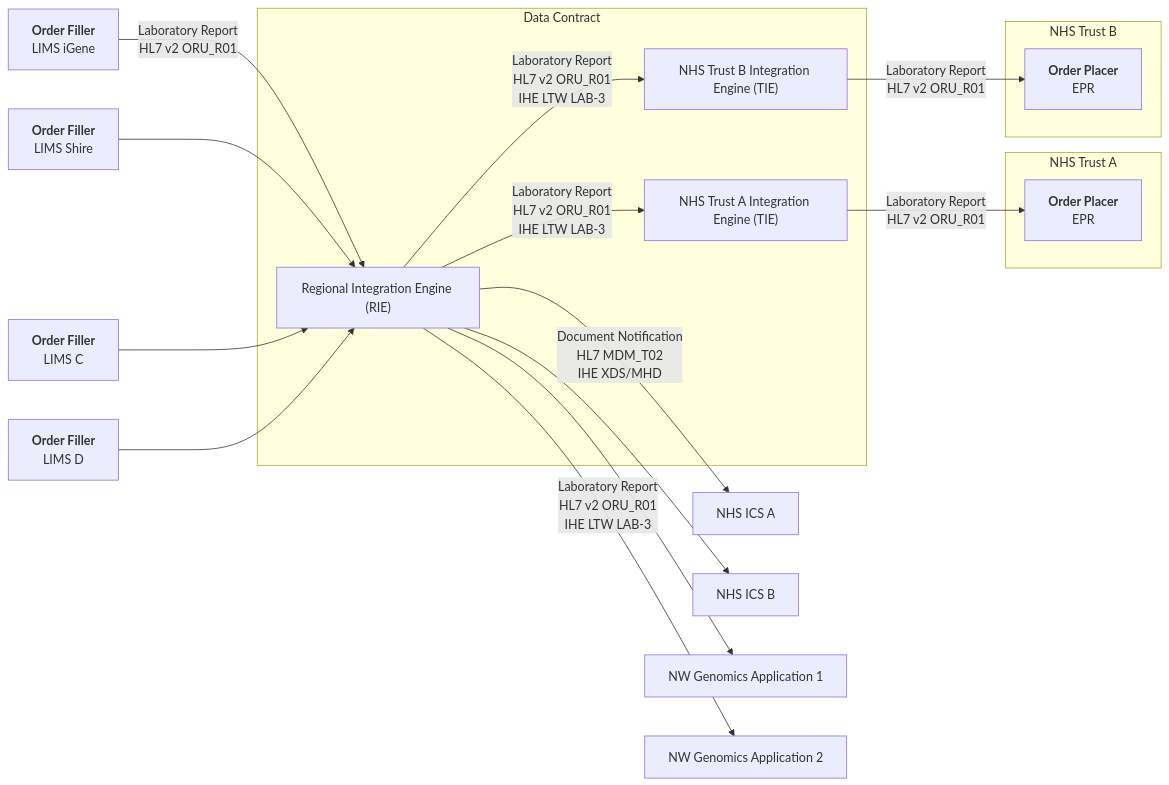
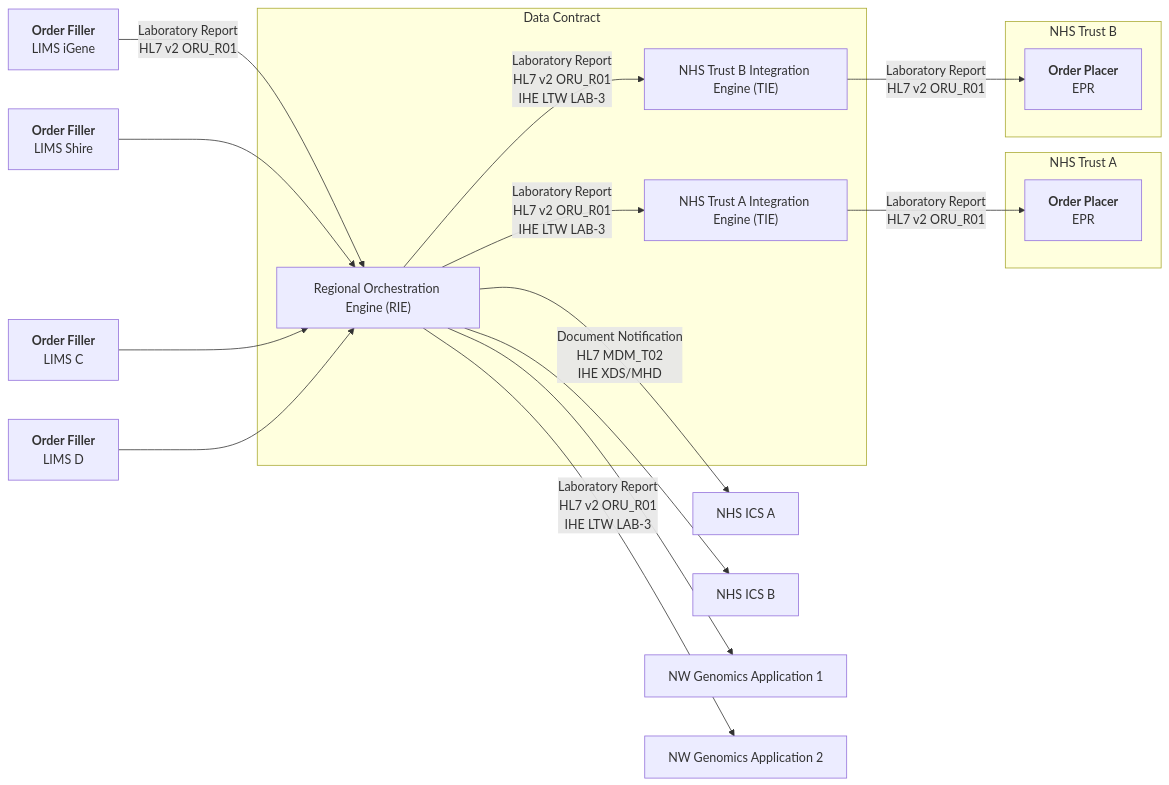
The seventh of 11 diagrams in input/pagecontent/design.md (uk-gov-mirror/nw-gmsa.nw-gmsa.github.com), drawn with Mermaid before and after one commit. The commit also changed other lines of this file and 55 other files, not shown here.

````diff
--- a/input/pagecontent/design.md
+++ b/input/pagecontent/design.md
@@ -127,39 +140,39 @@
 ```mermaid
 graph LR
     subgraph NHSTrustA[NHS Trust A]
         NHSA[<b>Order Placer</b><br/>EPR]
     end    
 
     subgraph NHSTrustB[NHS Trust B]
         NHSB[<b>Order Placer</b><br/>EPR] 
     end
 
     subgraph DataContracts[Data Contract]
-        RIE["Regional Integration Engine (RIE)"]
+        RIE["Regional Orchestration Engine (RIE)"]
         TIEA["NHS Trust A Integration Engine (TIE)"]
         TIEB["NHS Trust B Integration Engine (TIE)"]
   
     end 
     ICSA[NHS ICS A]
     ICSB[NHS ICS B]
     APPA[NW Genomics Application 1]
     APPB[NW Genomics Application 2]
 
     LIMSA[<b>Order Filler</b><br>LIMS iGene]
     LIMSB[<b>Order Filler</b><br>LIMS Shire]
     LIMSC[<b>Order Filler</b><br>LIMS C]
     LIMSD[<b>Order Filler</b><br>LIMS D]
    
     LIMSA --> |Laboratory Report<br/>HL7 v2 ORU_R01| RIE
     LIMSB --> RIE
     LIMSC --> RIE
     LIMSD --> RIE
-    RIE["Regional Integration Engine (RIE)"] --> |Laboratory Report<br/>HL7 v2 ORU_R01<br/>IHE LTW LAB-3| TIEA
+    RIE["Regional Orchestration Engine (RIE)"] --> |Laboratory Report<br/>HL7 v2 ORU_R01<br/>IHE LTW LAB-3| TIEA
     RIE --> |Laboratory Report<br/>HL7 v2 ORU_R01<br/>IHE LTW LAB-3| TIEB
     TIEA --> |Laboratory Report<br/>HL7 v2 ORU_R01| NHSA
     TIEB --> |Laboratory Report<br/>HL7 v2 ORU_R01| NHSB
     RIE --> |Document Notification<br/>HL7 MDM_T02<br/>IHE XDS/MHD| ICSA
     RIE --> ICSB
     RIE --> |Laboratory Report<br/>HL7 v2 ORU_R01<br/>IHE LTW LAB-3| APPB
     RIE --> APPA
 ```
````
